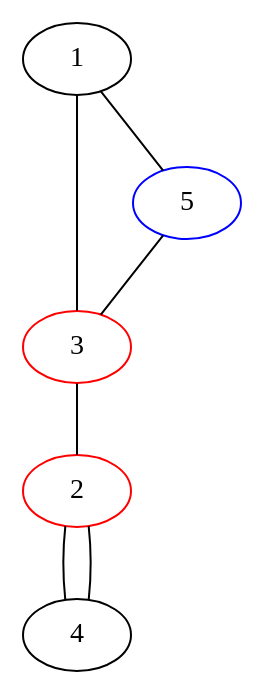
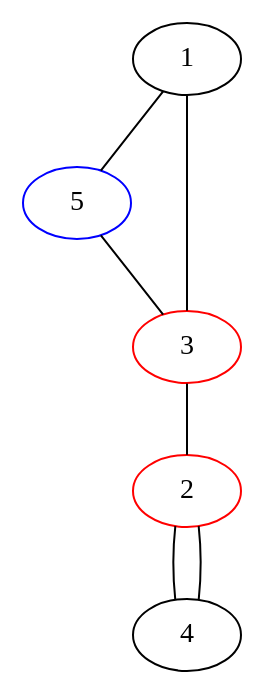
The diagram in sprouts/1131.dot (bilboquet/gamelib), drawn with Graphviz before and after one commit. The commit also changed 12 other files, not shown here.

```diff
--- a/sprouts/1131.dot
+++ b/sprouts/1131.dot
@@ -1,10 +1,11 @@
 graph {
+  1 -- 5
   1 -- 3 [weight=2];
   3 -- 2;
   2 -- 4 -- 2;
-  1 -- 5 -- 3;
+  5 -- 3;
   2 [color="red"];
   3 [color="red"];
   5 [color="blue"];
 
 }
```
